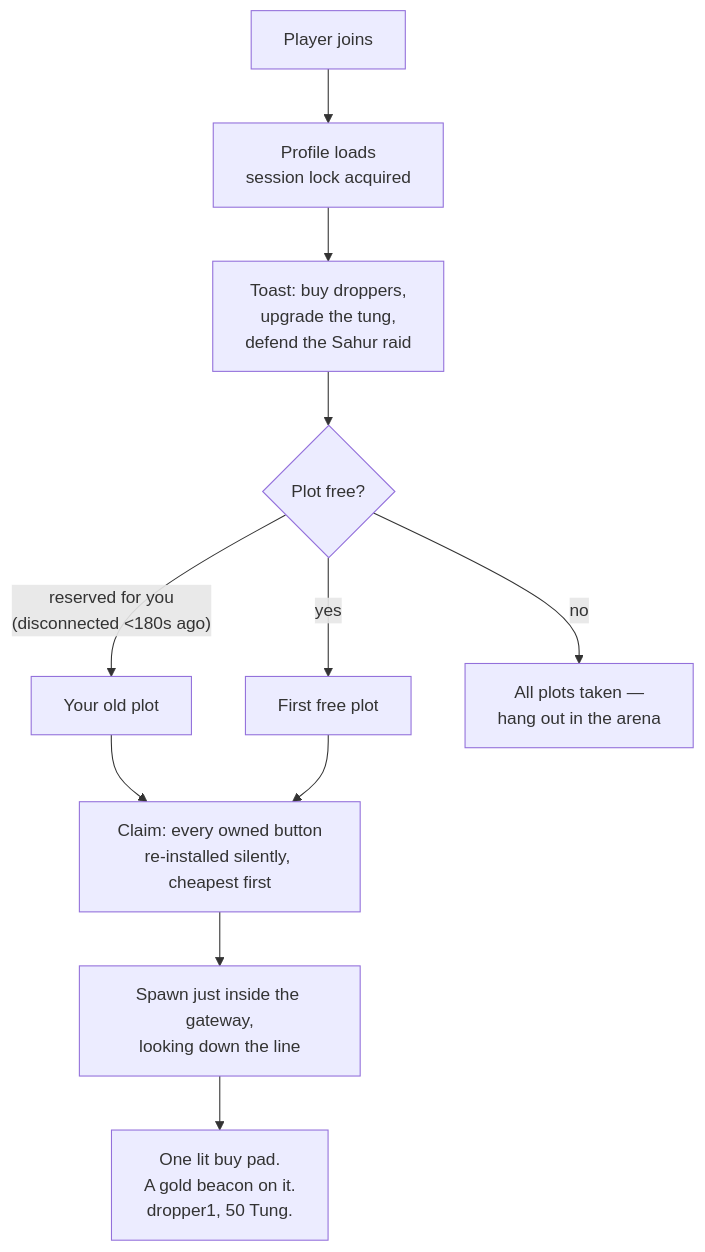
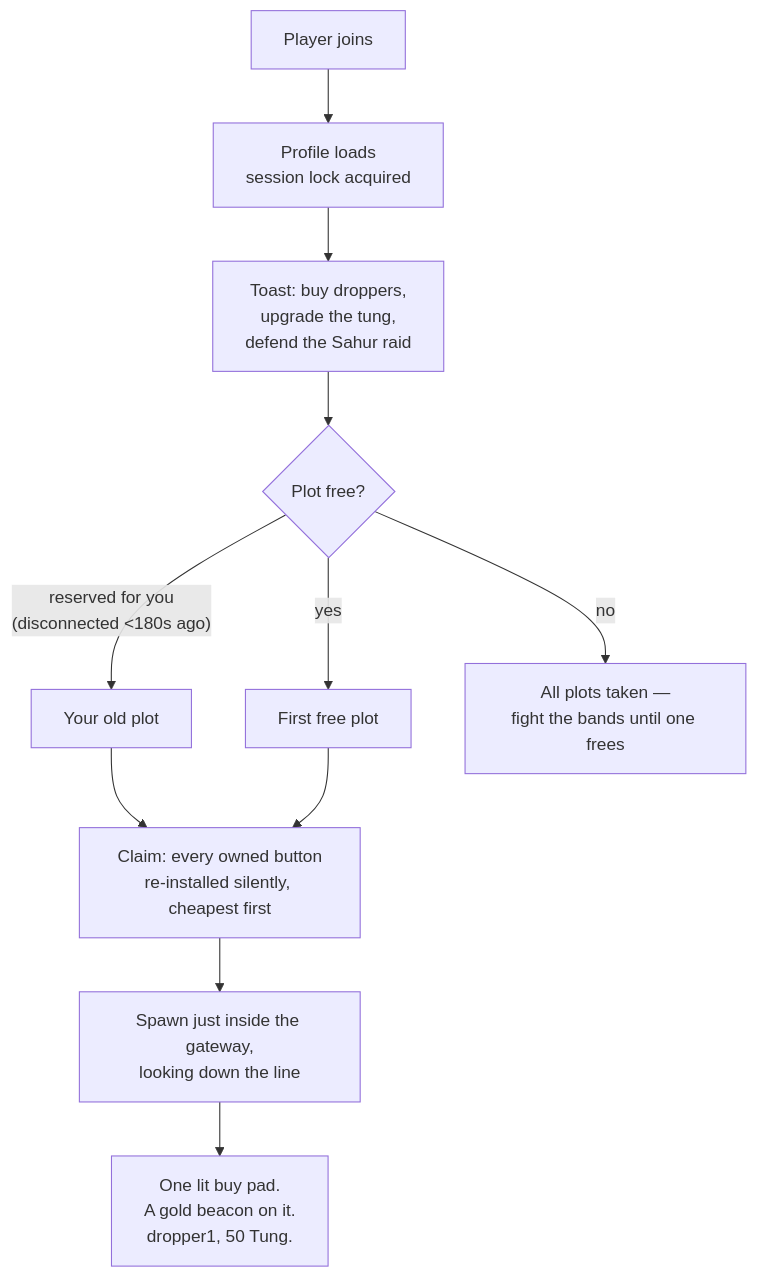
One commit to adit-rah/ttt changed the second of 6 diagrams in docs/design/GAME.md. Above: the diagram before and after it, drawn with Mermaid. The commit also changed other lines of this file and 13 other files, not shown here.

````diff
--- a/docs/design/GAME.md
+++ b/docs/design/GAME.md
@@ -67,13 +67,13 @@
 ```mermaid
 flowchart TD
     A[Player joins] --> B[Profile loads<br/>session lock acquired]
     B --> C["Toast: buy droppers,<br/>upgrade the tung,<br/>defend the Sahur raid"]
     C --> D{Plot free?}
     D -- "reserved for you<br/>(disconnected &lt;180s ago)" --> E[Your old plot]
     D -- "yes" --> F[First free plot]
-    D -- "no" --> G["All plots taken —<br/>hang out in the arena"]
+    D -- "no" --> G["All plots taken —<br/>fight the bands until one frees"]
     E --> H[Claim: every owned button<br/>re-installed silently, cheapest first]
     F --> H
     H --> I["Spawn just inside the gateway,<br/>looking down the line"]
     I --> J["One lit buy pad.<br/>A gold beacon on it.<br/>dropper1, 50 Tung."]
 ```
````
